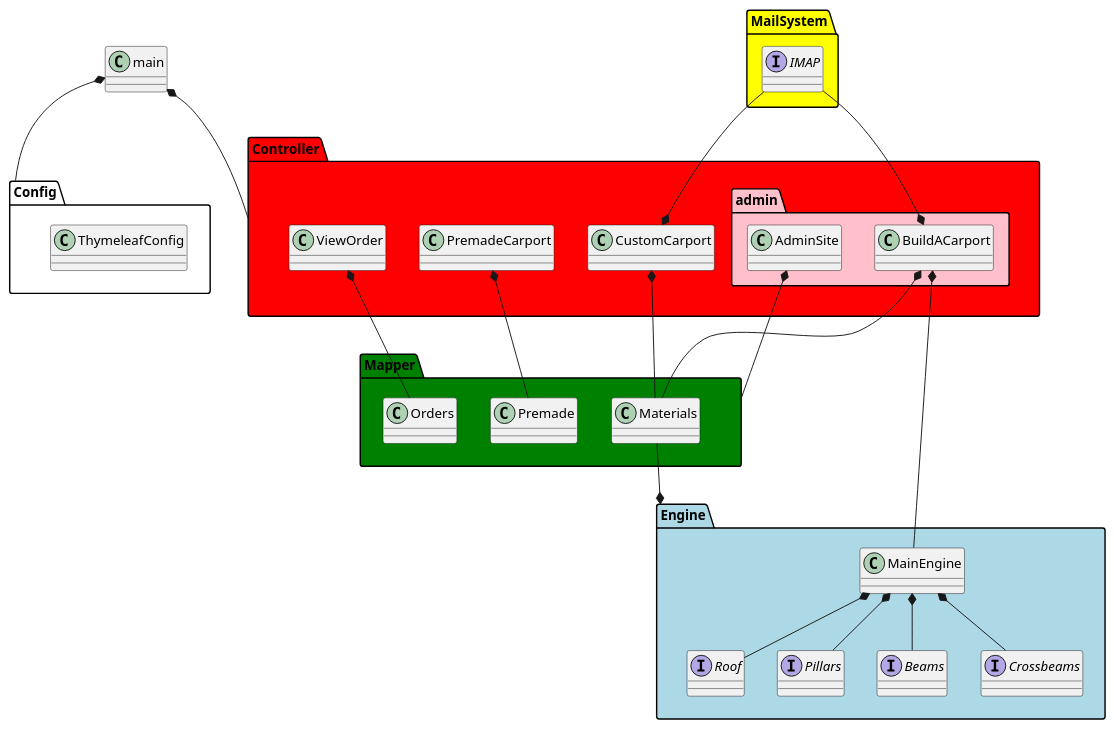
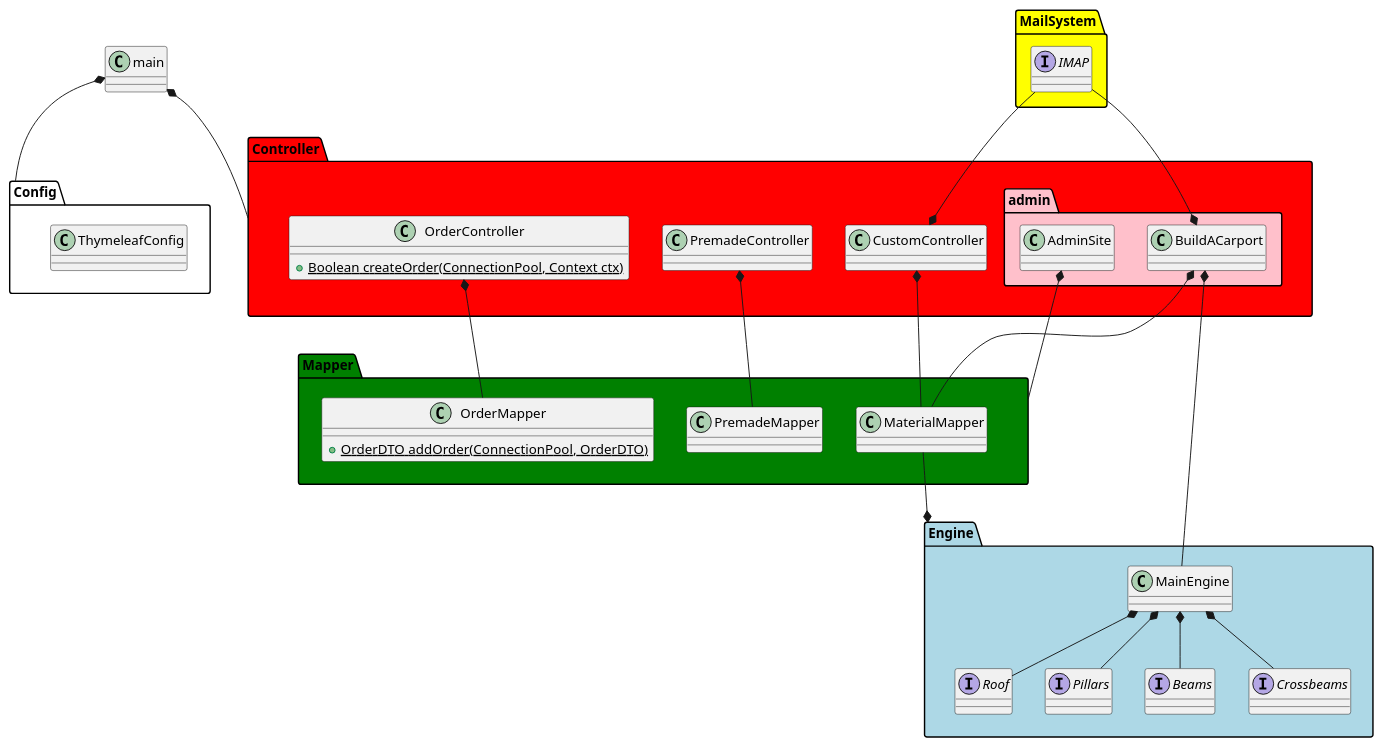
One commit to SirRolin/Carport---GroupB changed the diagram in docs/UML/To-Be/Class Diagram/draft1.puml. Above: the diagram before and after it, drawn with PlantUML. The commit also changed 5 other files, not shown here.

First line of the commit message:
Updated Class Diagram & Created Status Enum

```diff
--- a/docs/UML/To-Be/Class Diagram/draft1.puml
+++ b/docs/UML/To-Be/Class Diagram/draft1.puml
@@ -1,48 +1,53 @@
 @startuml
 'https://plantuml.com/class-diagram
 
 class main
 package "MailSystem" #yellow {
 interface IMAP
 }
 package "Config"{
     class ThymeleafConfig
 }
 package "Controller" #red {
-    class PremadeCarport
-    class CustomCarport
-    class ViewOrder
+    class PremadeController
+    class CustomController
+    class OrderController{
+        + Boolean {static} createOrder(ConnectionPool, Context ctx)
+    }
     package "admin" #pink {
     class AdminSite
     class BuildACarport
     }
 }
 package "Mapper" #green {
-    class Premade
-    class Orders
-    class Materials
+    class PremadeMapper
+    class OrderMapper{
+        + {static} OrderDTO addOrder(ConnectionPool, OrderDTO)
+    }
+    class MaterialMapper
 }
 package "Engine" #lightblue {
     class MainEngine
     interface Roof
     interface Pillars
     interface Beams
     interface Crossbeams
 }
 main *-- "Controller"
 main *-- "Config"
-PremadeCarport *-- Premade
-CustomCarport *-- Materials
-ViewOrder *-- Orders
-IMAP --* CustomCarport
+PremadeController *-- PremadeMapper
+CustomController *-- MaterialMapper
+OrderController *-- OrderMapper
+IMAP --* CustomController
 IMAP --* BuildACarport
 BuildACarport *-- MainEngine
-BuildACarport *-- Materials
+BuildACarport *-- MaterialMapper
 MainEngine *-- Roof
 MainEngine *-- Pillars
 MainEngine *-- Beams
 MainEngine *-- Crossbeams
 AdminSite *-- "Mapper"
-Materials --* "Engine"
+MaterialMapper --* "Engine"
+
 
 @enduml
```
